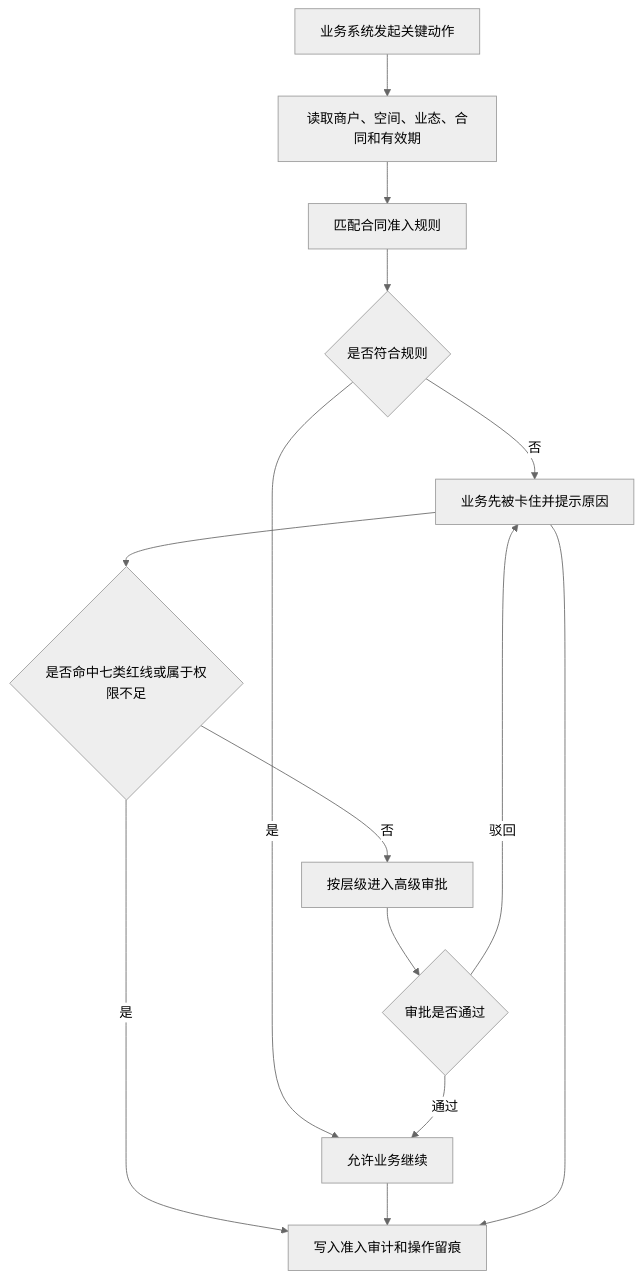
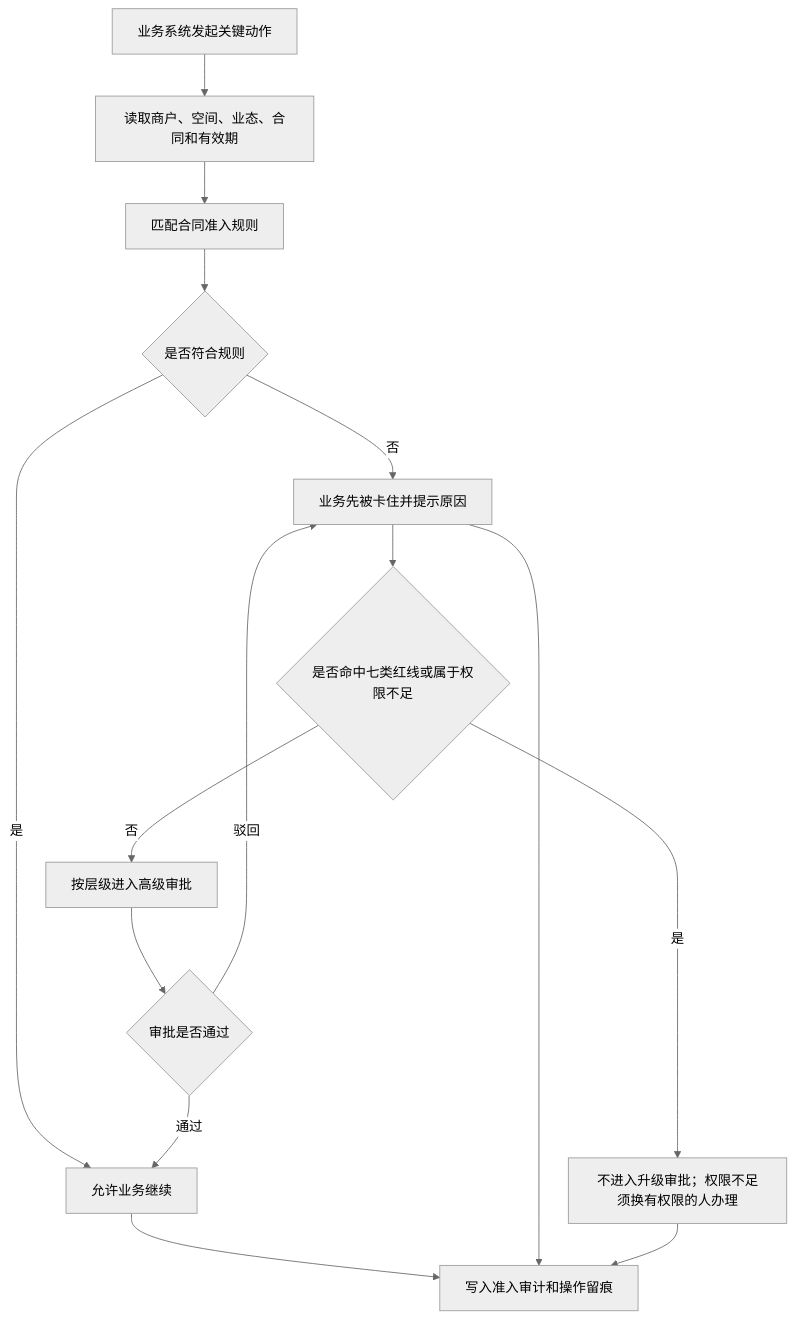
The ninth of 19 diagrams in docs/platform-governance-product-spec-v0.2.md (jxh1979/mall), drawn with Mermaid (neutral theme) before and after one commit. The commit also changed other lines of this file and 8 other files, not shown here.

````diff
--- a/docs/platform-governance-product-spec-v0.2.md
+++ b/docs/platform-governance-product-spec-v0.2.md
@@ -1721,16 +1721,17 @@
 ```mermaid
 flowchart TD
     A["业务系统发起关键动作"] --> B["读取商户、空间、业态、合同和有效期"]
     B --> C["匹配合同准入规则"]
     C --> D{"是否符合规则"}
     D -- "是" --> E["允许业务继续"]
     D -- "否" --> G["业务先被卡住并提示原因"]
     G --> F{"是否命中七类红线或属于权限不足"}
-    F -- "是" --> K["不进入升级审批；权限不足须换有权限的人办理"]
+    F -- "是" --> R["不进入升级审批；权限不足须换有权限的人办理"]
     F -- "否" --> H["按层级进入高级审批"]
     H --> J{"审批是否通过"}
     J -- "通过" --> E
     J -- "驳回" --> G
     E --> K["写入准入审计和操作留痕"]
     G --> K
+    R --> K
 ```
````
